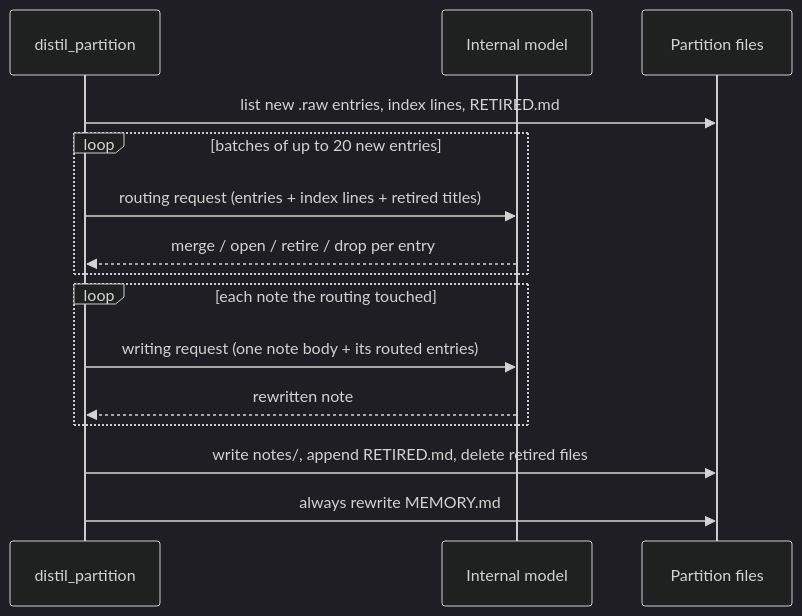
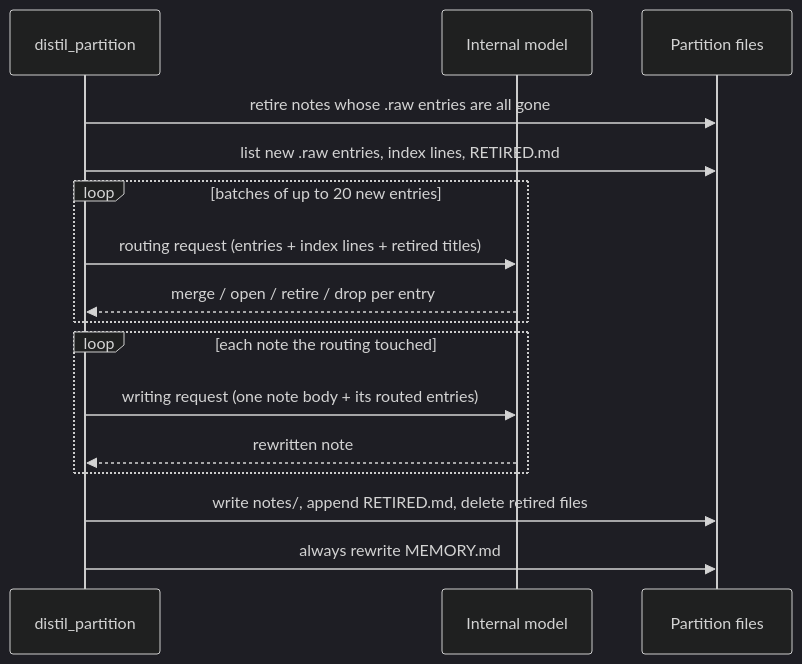
The second of 3 diagrams in docs-site/architecture/memory.md (wyx-sg/Coffer), drawn with Mermaid (dark theme) before and after one commit. The commit also changed other lines of this file and 58 other files, not shown here.

First line of the commit message:
fix: retire memory notes whose sources are gone, and keep chat attachments on retry (#436)

````diff
--- a/docs-site/architecture/memory.md
+++ b/docs-site/architecture/memory.md
@@ -166,17 +166,18 @@
 ```mermaid
 sequenceDiagram
   participant P as distil_partition
   participant M as Internal model
   participant FS as Partition files
+  P->>FS: retire notes whose .raw entries are all gone
   P->>FS: list new .raw entries, index lines, RETIRED.md
   loop batches of up to 20 new entries
     P->>M: routing request (entries + index lines + retired titles)
     M-->>P: merge / open / retire / drop per entry
   end
   loop each note the routing touched
     P->>M: writing request (one note body + its routed entries)
     M-->>P: rewritten note
   end
   P->>FS: write notes/, append RETIRED.md, delete retired files
   P->>FS: always rewrite MEMORY.md
 ```
````
